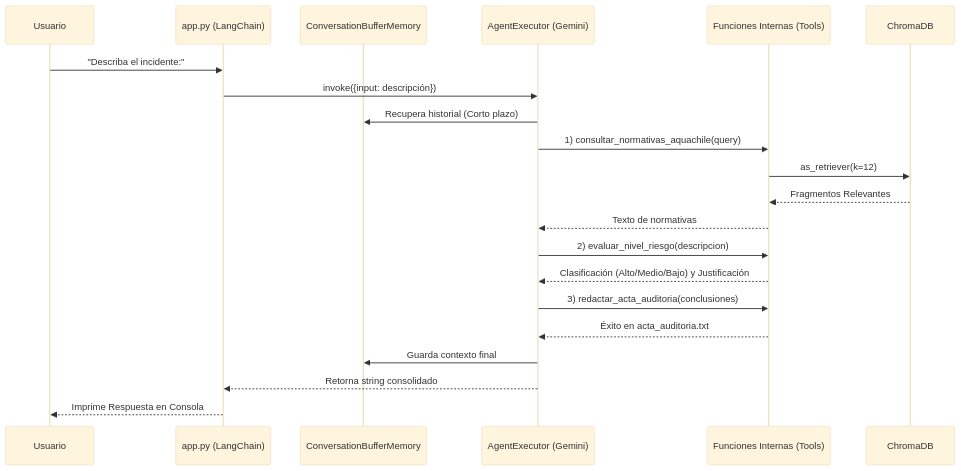
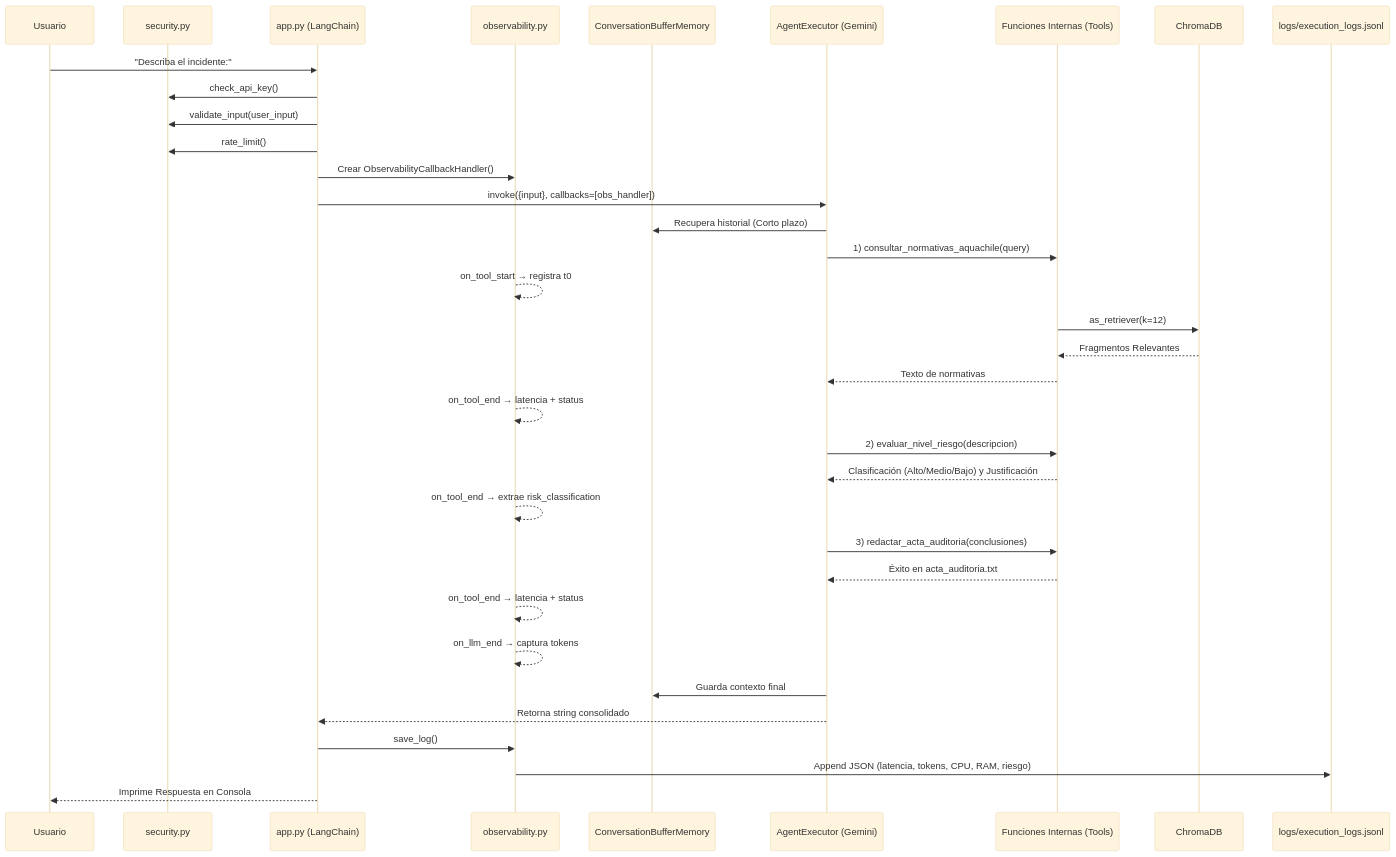
Before and after one commit to KenzoDev1/evaluacion-ia: the diagram in README.md, drawn with Mermaid (base theme). The commit also changed other lines of this file and 6 other files, not shown here.

````diff
--- a/README.md
+++ b/README.md
@@ -51,28 +95,43 @@
 ```mermaid
 sequenceDiagram
     participant U as Usuario
+    participant Sec as security.py
     participant Orquestador as app.py (LangChain)
+    participant Obs as observability.py
     participant Memoria as ConversationBufferMemory
     participant Agent as AgentExecutor (Gemini)
     participant Herramientas as Funciones Internas (Tools)
     participant DB as ChromaDB
+    participant Logs as logs/execution_logs.jsonl
 
     U->>Orquestador: "Describa el incidente:"
-    Orquestador->>Agent: invoke({input: descripción})
+    Orquestador->>Sec: check_api_key()
+    Orquestador->>Sec: validate_input(user_input)
+    Orquestador->>Sec: rate_limit()
+    Orquestador->>Obs: Crear ObservabilityCallbackHandler()
+
+    Orquestador->>Agent: invoke({input}, callbacks=[obs_handler])
     Agent->>Memoria: Recupera historial (Corto plazo)
-    
+
     Agent->>Herramientas: 1) consultar_normativas_aquachile(query)
+    Obs-->>Obs: on_tool_start → registra t0
     Herramientas->>DB: as_retriever(k=12)
     DB-->>Herramientas: Fragmentos Relevantes
     Herramientas-->>Agent: Texto de normativas
-    
+    Obs-->>Obs: on_tool_end → latencia + status
+
     Agent->>Herramientas: 2) evaluar_nivel_riesgo(descripcion)
     Herramientas-->>Agent: Clasificación (Alto/Medio/Bajo) y Justificación
-    
+    Obs-->>Obs: on_tool_end → extrae risk_classification
+
     Agent->>Herramientas: 3) redactar_acta_auditoria(conclusiones)
     Herramientas-->>Agent: Éxito en acta_auditoria.txt
-    
+    Obs-->>Obs: on_tool_end → latencia + status
+
+    Obs-->>Obs: on_llm_end → captura tokens
     Agent->>Memoria: Guarda contexto final
     Agent-->>Orquestador: Retorna string consolidado
+    Orquestador->>Obs: save_log()
+    Obs->>Logs: Append JSON (latencia, tokens, CPU, RAM, riesgo)
     Orquestador-->>U: Imprime Respuesta en Consola
 ```
````
